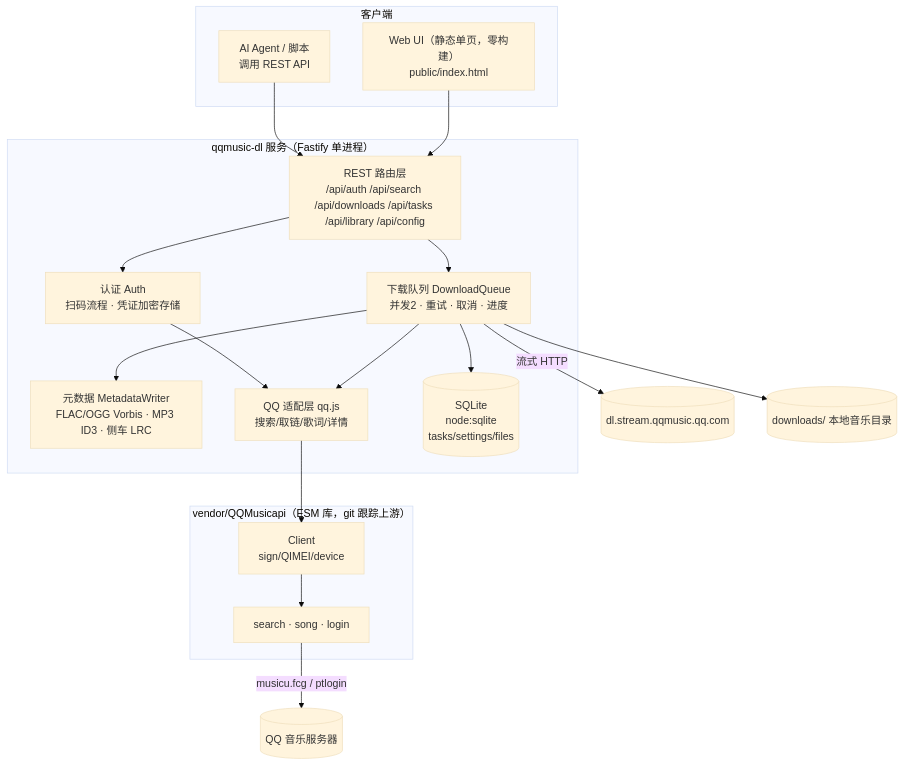
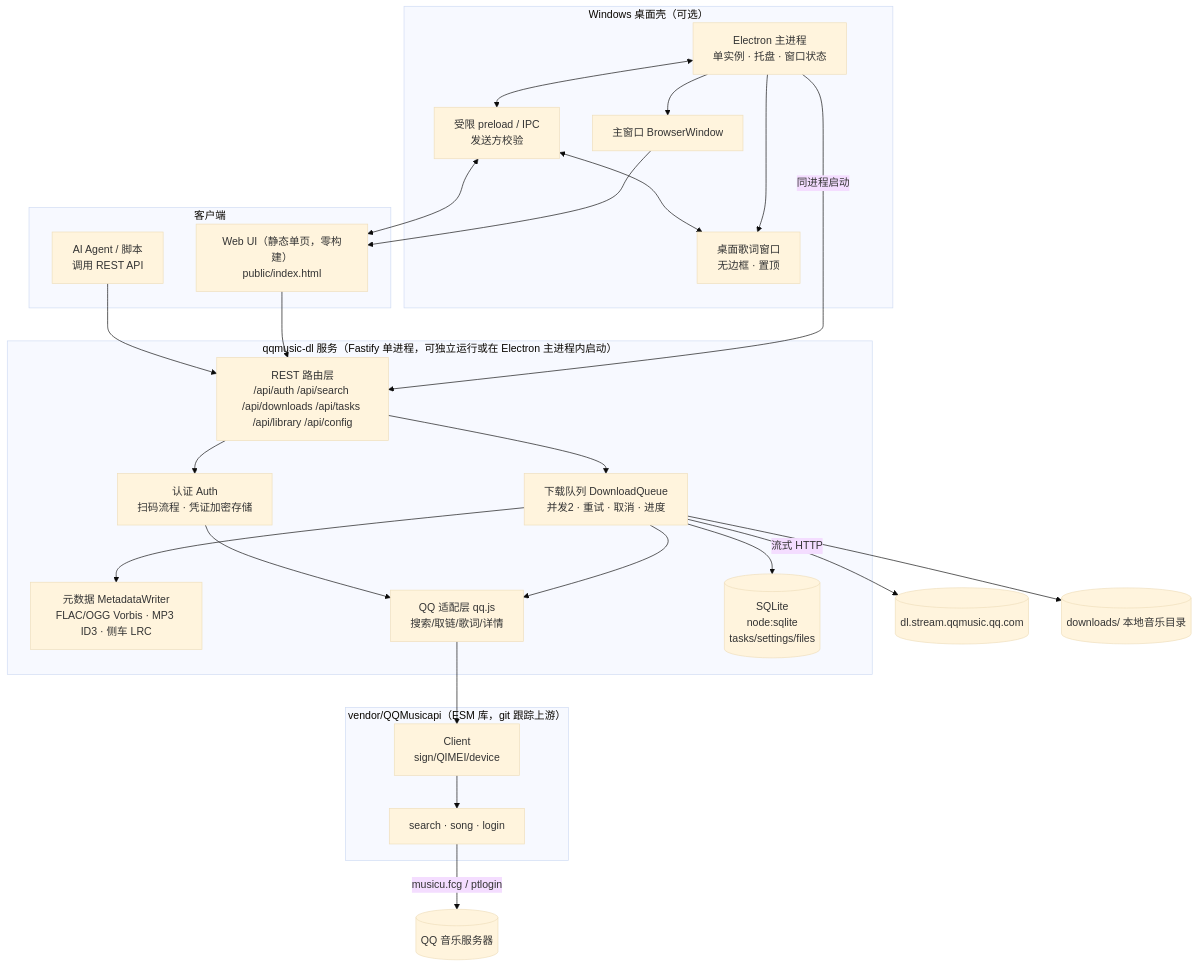
Before and after one commit to 2921323707/qqmusic-dl: the first of 2 diagrams in docs/architecture.md, drawn with Mermaid (base theme). The commit also changed other lines of this file and 31 other files, not shown here.

````diff
--- a/docs/architecture.md
+++ b/docs/architecture.md
@@ -28,32 +28,45 @@
 ```mermaid
 flowchart TD
+    subgraph Desktop["Windows 桌面壳（可选）"]
+        EM["Electron 主进程<br/>单实例 · 托盘 · 窗口状态"]
+        MW["主窗口 BrowserWindow"]
+        LW["桌面歌词窗口<br/>无边框 · 置顶"]
+        IPC["受限 preload / IPC<br/>发送方校验"]
+        EM --> MW
+        EM --> LW
+        EM <--> IPC
+    end
     subgraph Client["客户端"]
         UI["Web UI（静态单页，零构建）<br/>public/index.html"]
         AG["AI Agent / 脚本<br/>调用 REST API"]
     end
-    subgraph Server["qqmusic-dl 服务（Fastify 单进程）"]
+    subgraph Server["qqmusic-dl 服务（Fastify 单进程，可独立运行或在 Electron 主进程内启动）"]
         API["REST 路由层<br/>/api/auth /api/search /api/downloads /api/tasks /api/library /api/config"]
         Q["下载队列 DownloadQueue<br/>并发2 · 重试 · 取消 · 进度"]
         M["元数据 MetadataWriter<br/>FLAC/OGG Vorbis · MP3 ID3 · 侧车 LRC"]
         A["认证 Auth<br/>扫码流程 · 凭证加密存储"]
         QQ["QQ 适配层 qq.js<br/>搜索/取链/歌词/详情"]
         DB[("SQLite<br/>node:sqlite<br/>tasks/settings/files")]
     end
     subgraph Vendor["vendor/QQMusicapi（ESM 库，git 跟踪上游）"]
         C["Client<br/>sign/QIMEI/device"]
         MOD["search · song · login"]
     end
+    MW --> UI
+    IPC <--> UI
+    IPC <--> LW
+    EM -->|同进程启动| API
     UI --> API
     AG --> API
     API --> Q
     API --> A
     Q --> QQ
     Q --> M
     A --> QQ
     Q --> DB
     QQ --> C
     C --> MOD
     MOD -->|musicu.fcg / ptlogin| QMS[("QQ 音乐服务器")]
     Q -->|流式 HTTP| CDN[("dl.stream.qqmusic.qq.com")]
     Q --> FS[("downloads/ 本地音乐目录")]
 ```
````
